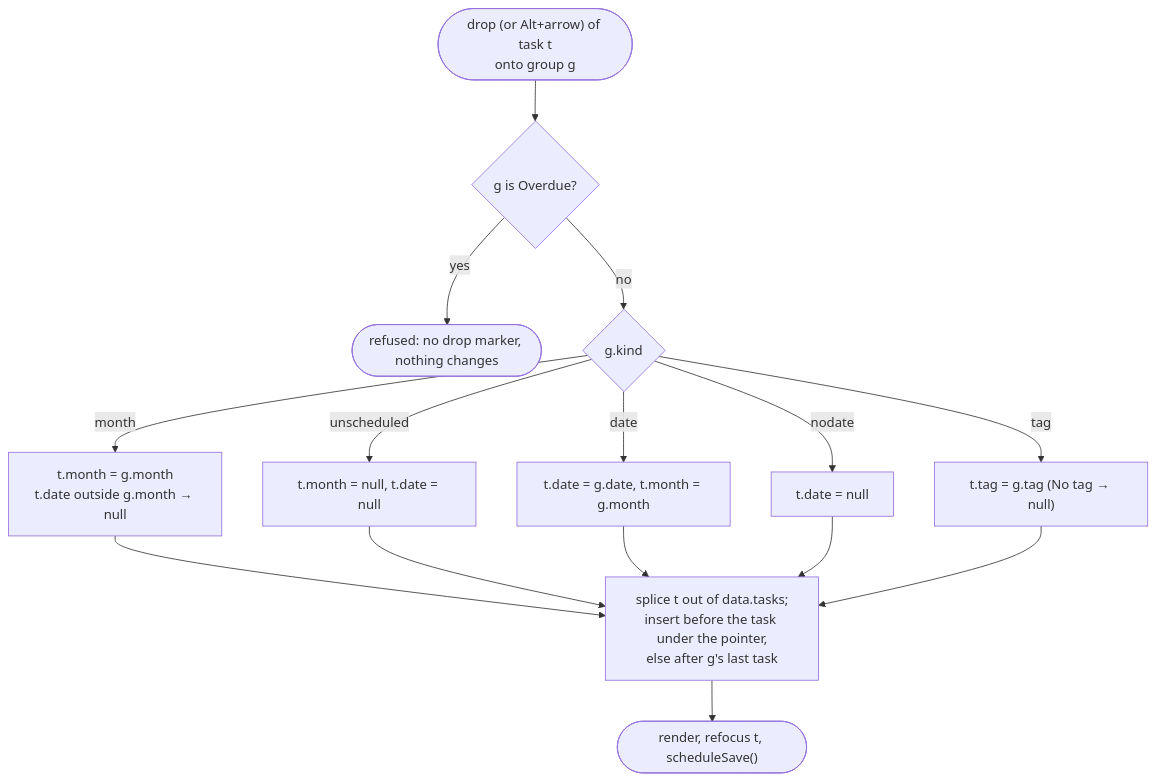
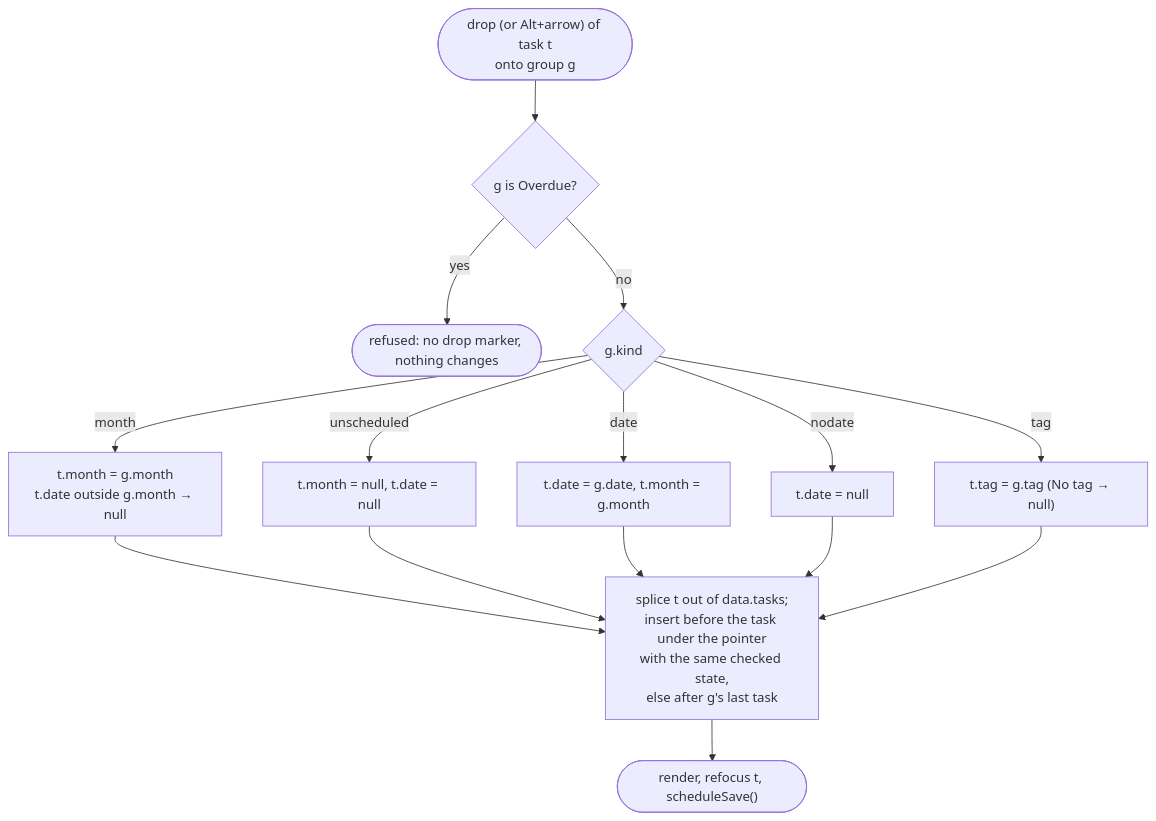
The fourth of 5 diagrams in docs/7_uml/7.6_activity.md (Akshat-Gupta-2005/27_OneNote), drawn with Mermaid before and after one commit. The commit also changed other lines of this file and 12 other files, not shown here.

First line of the commit message:
Planner "No month" group, start.bat launcher, architecture v6-v8

````diff
--- a/docs/7_uml/7.6_activity.md
+++ b/docs/7_uml/7.6_activity.md
@@ -75,17 +75,17 @@
 ```mermaid
 flowchart TD
   IN(["drop (or Alt+arrow) of task t<br/>onto group g"]) --> OV{"g is Overdue?"}
   OV -->|yes| NO(["refused: no drop marker, nothing changes"])
   OV -->|no| K{"g.kind"}
   K -->|month| M["t.month = g.month<br/>t.date outside g.month → null"]
   K -->|unscheduled| U["t.month = null, t.date = null"]
   K -->|date| D["t.date = g.date, t.month = g.month"]
   K -->|nodate| ND["t.date = null"]
   K -->|tag| T["t.tag = g.tag (No tag → null)"]
   M --> POS
   U --> POS
   D --> POS
   ND --> POS
   T --> POS
-  POS["splice t out of data.tasks;<br/>insert before the task under the pointer,<br/>else after g's last task"] --> SAVE(["render, refocus t, scheduleSave()"])
+  POS["splice t out of data.tasks;<br/>insert before the task under the pointer<br/>with the same checked state,<br/>else after g's last task"] --> SAVE(["render, refocus t, scheduleSave()"])
 ```
````
